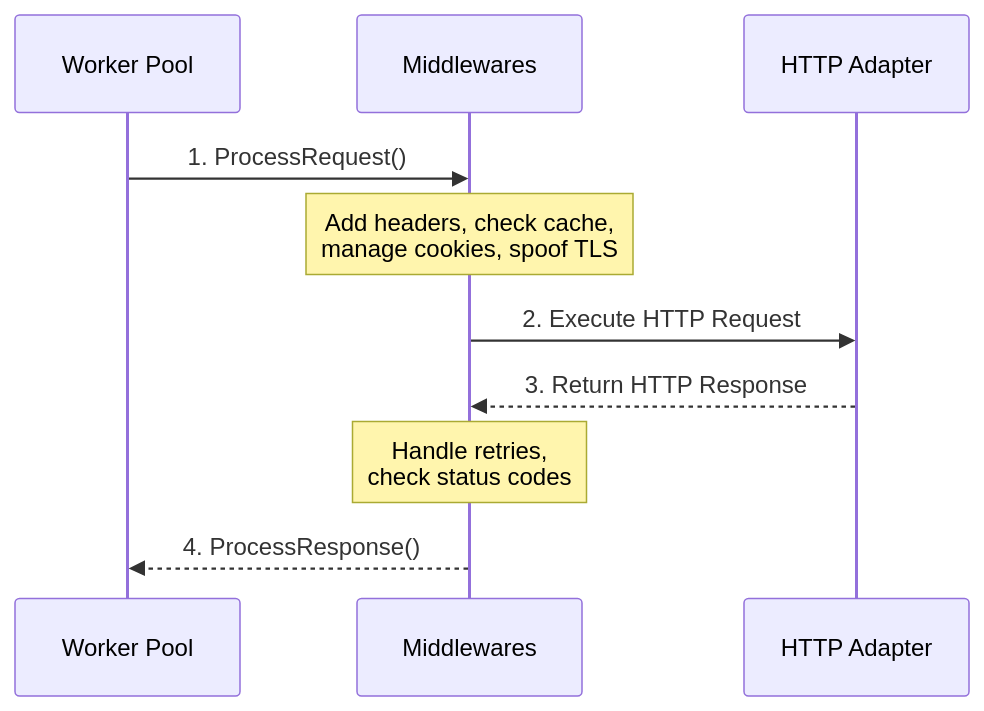
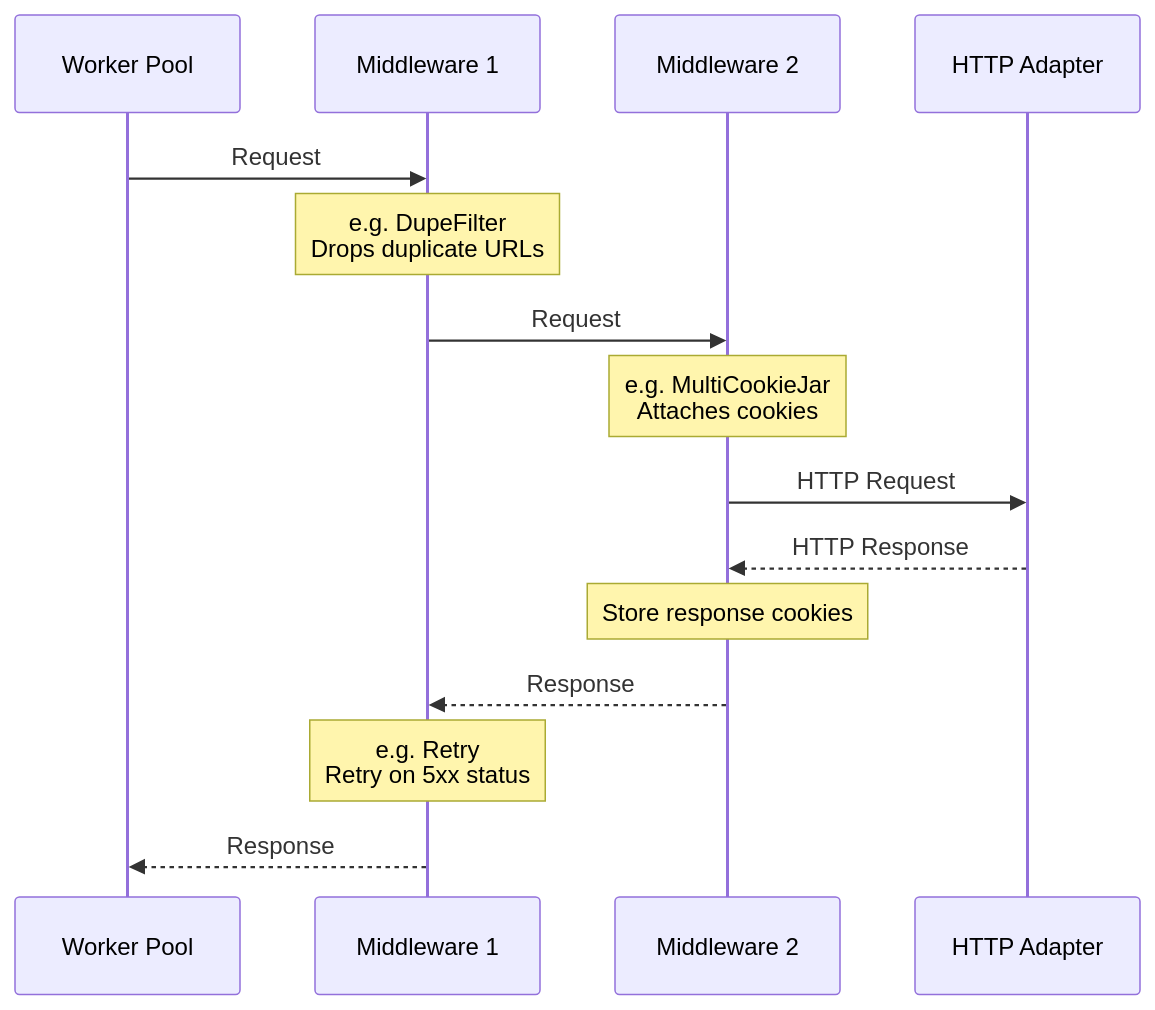
Before and after one commit to tech-engine/goscrapy-docs: the diagram in middlewares/overview.mdx, drawn with Mermaid. The commit also changed other lines of this file and 20 other files, not shown here.

````diff
--- a/middlewares/overview.mdx
+++ b/middlewares/overview.mdx
@@ -8,13 +10,18 @@
 ```mermaid
 sequenceDiagram
-    participant Worker as Worker Pool
-    participant Mid as Middlewares
+    participant W as Worker Pool
+    participant M1 as Middleware 1
+    participant M2 as Middleware 2
     participant Net as HTTP Adapter
 
-    Worker->>Mid: 1. ProcessRequest()
-    Note over Mid: Add headers, check cache,<br/>manage cookies, spoof TLS
-    Mid->>Net: 2. Execute HTTP Request
-    Net-->>Mid: 3. Return HTTP Response
-    Note over Mid: Handle retries,<br/>check status codes
-    Mid-->>Worker: 4. ProcessResponse()
+    W->>M1: Request
+    Note over M1: e.g. DupeFilter<br/>Drops duplicate URLs
+    M1->>M2: Request
+    Note over M2: e.g. MultiCookieJar<br/>Attaches cookies
+    M2->>Net: HTTP Request
+    Net-->>M2: HTTP Response
+    Note over M2: Store response cookies
+    M2-->>M1: Response
+    Note over M1: e.g. Retry<br/>Retry on 5xx status
+    M1-->>W: Response
 ```
````
